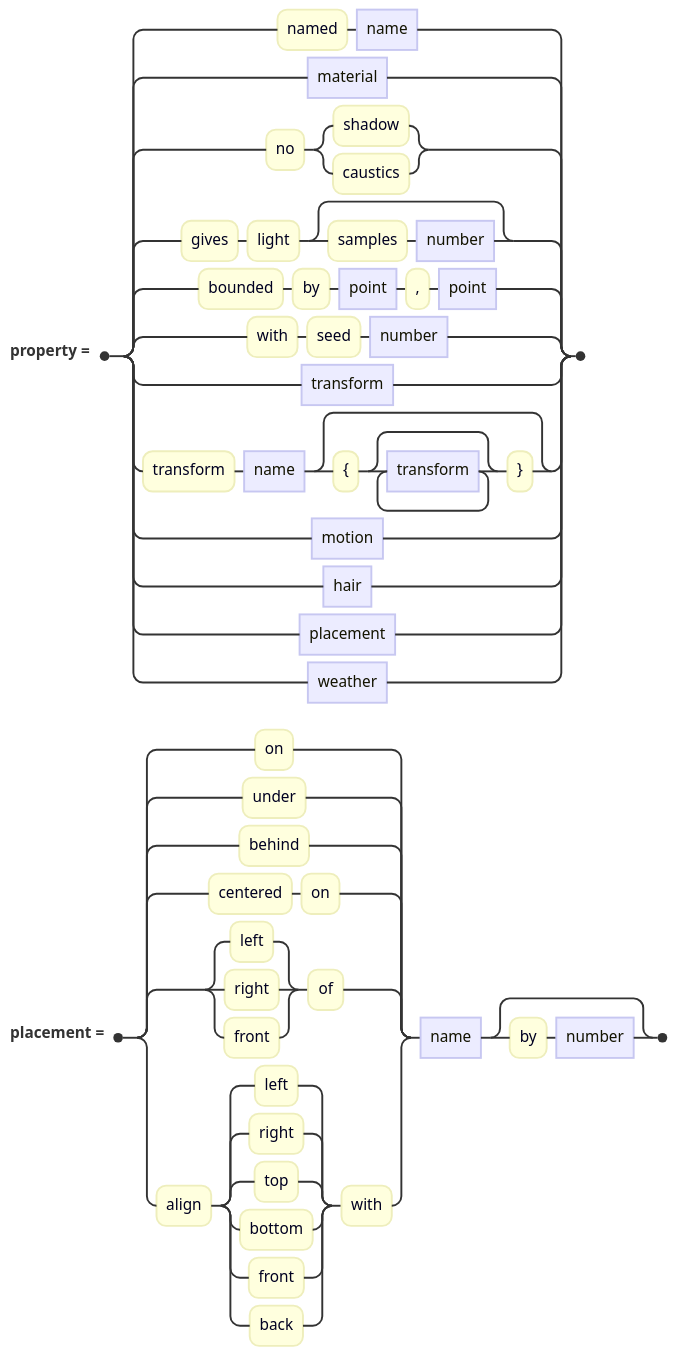
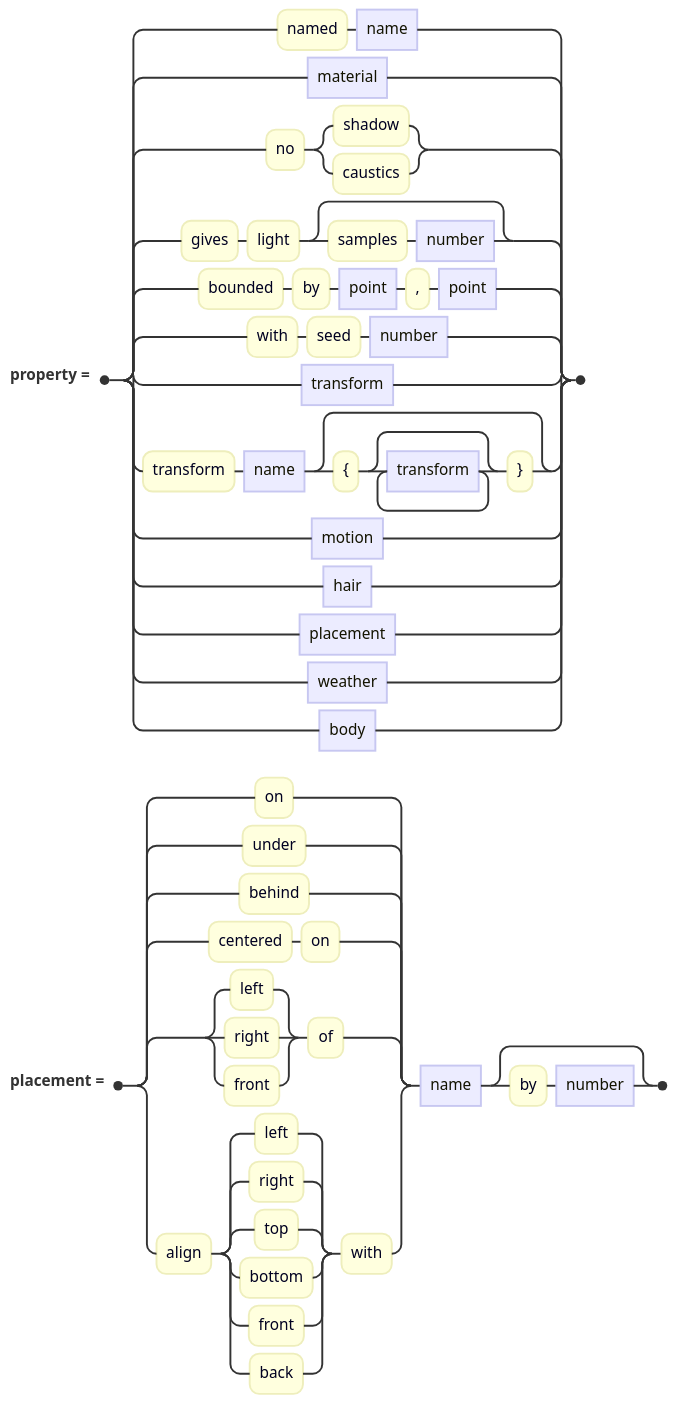
Before and after one commit to jskress/RayTracer: the diagram in docs/diagrams/surfaces/surfaceEntryClause.mmd, drawn with Mermaid. The commit also changed 63 other files, not shown here.

```diff
--- a/docs/diagrams/surfaces/surfaceEntryClause.mmd
+++ b/docs/diagrams/surfaces/surfaceEntryClause.mmd
@@ -1,11 +1,11 @@
 railroad-ebnf-beta
 title "Properties every surface has"
 
 property = "named" name | material | "no" ( "shadow" | "caustics" )
          | "gives" "light" [ "samples" number ] | "bounded" "by" point "," point
          | "with" "seed" number | transform | "transform" name [ "{" { transform } "}" ]
-         | motion | hair | placement | weather ;
+         | motion | hair | placement | weather | body ;
 
 placement = ( "on" | "under" | "behind" | "centered" "on" | ( "left" | "right" | "front" ) "of"
             | "align" ( "left" | "right" | "top" | "bottom" | "front" | "back" ) "with" )
             name [ "by" number ] ;
```
